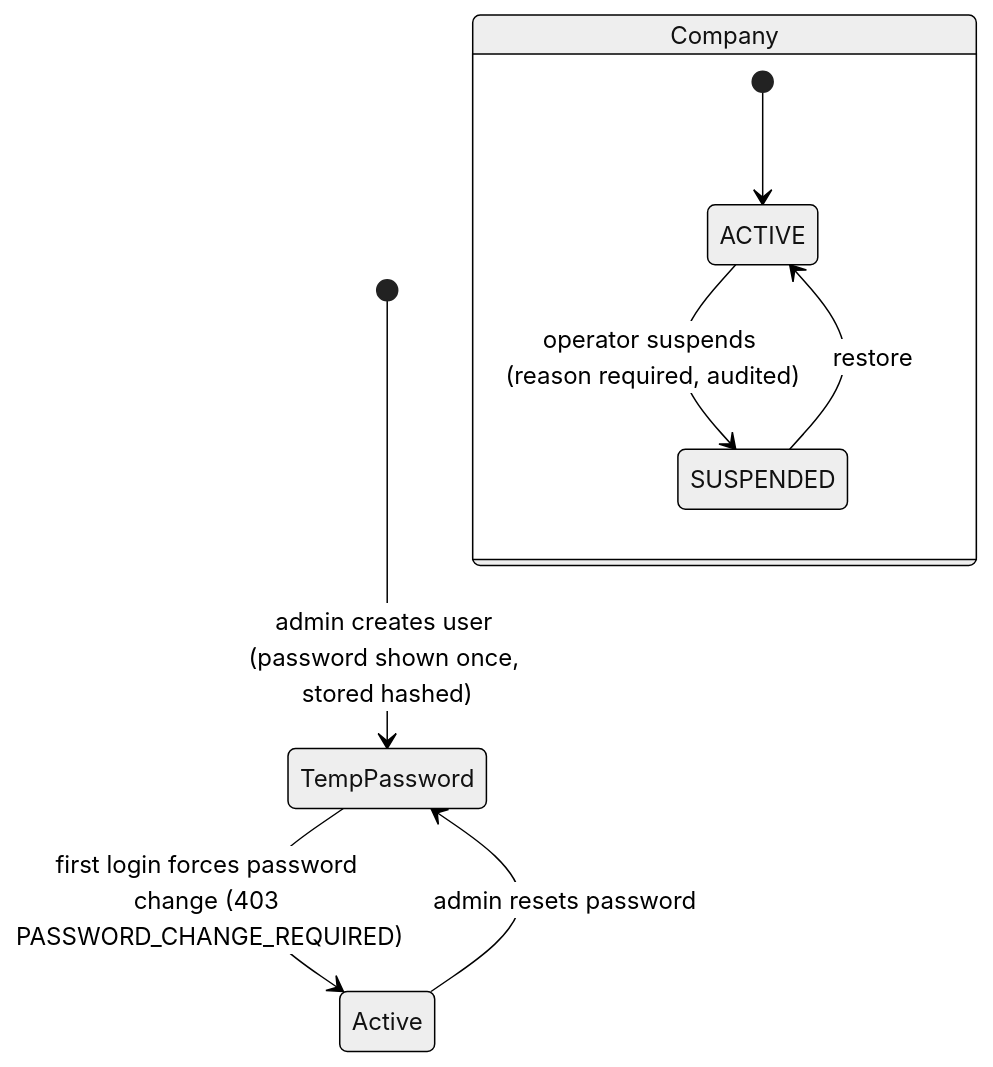
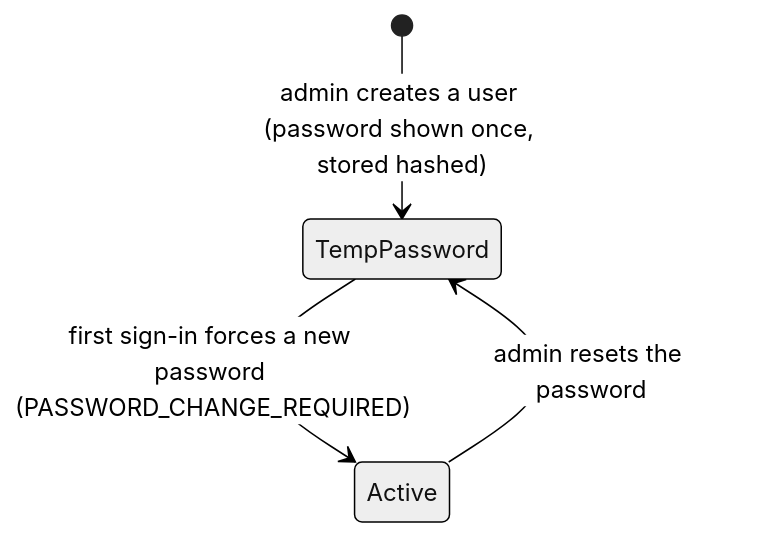
Before and after one commit to lucky1ravi/property: diagram 17 of 19 in docs/architecture/LLD.md, drawn with Mermaid (neutral theme). The commit also changed other lines of this file and 47 other files, not shown here.

````diff
--- a/docs/architecture/LLD.md
+++ b/docs/architecture/LLD.md
@@ -85,11 +402,6 @@
 ```mermaid
 stateDiagram-v2
-  [*] --> TempPassword: admin creates user (password shown once, stored hashed)
-  TempPassword --> Active: first login forces password change (403 PASSWORD_CHANGE_REQUIRED)
-  Active --> TempPassword: admin resets password
-  state Company {
-    [*] --> ACTIVE
-    ACTIVE --> SUSPENDED: operator suspends (reason required, audited)
-    SUSPENDED --> ACTIVE: restore
-  }
+  [*] --> TempPassword: admin creates a user (password shown once, stored hashed)
+  TempPassword --> Active: first sign-in forces a new password (PASSWORD_CHANGE_REQUIRED)
+  Active --> TempPassword: admin resets the password
 ```
````
